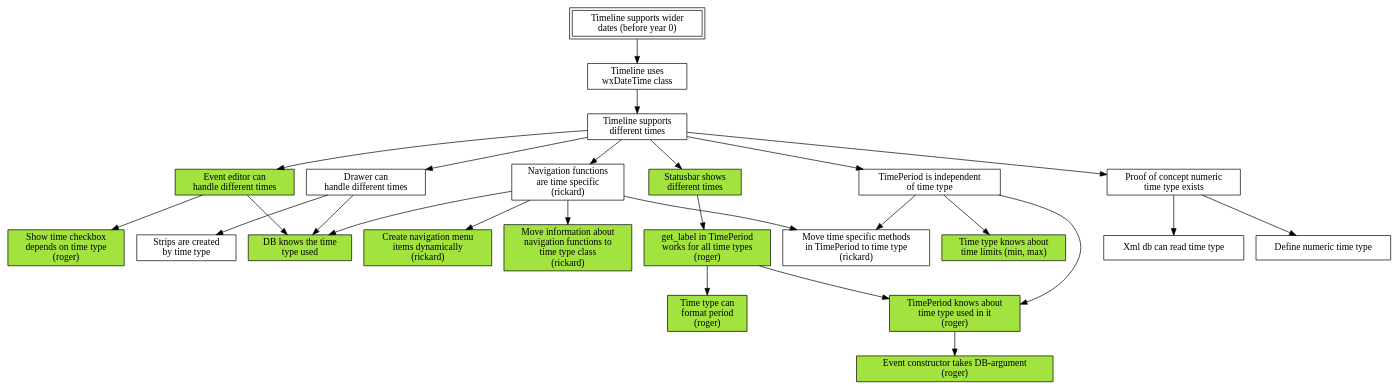
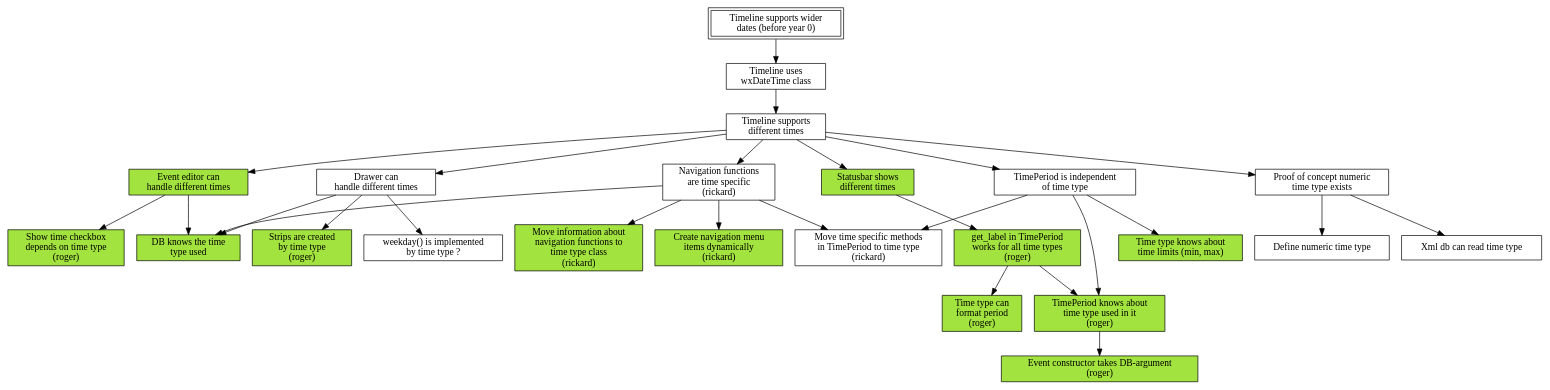
One commit to shutaozhenzhen/thetimelineproj changed the diagram in mikado.dot. Above: the diagram before and after it, drawn with Graphviz.

```diff
--- a/mikado.dot
+++ b/mikado.dot
@@ -1,87 +1,91 @@
 digraph mikado
 {
     node [shape=box];
 
     wider_dates [label="Timeline supports wider\ndates (before year 0)"];
     wider_dates [peripheries=2];
         wider_dates -> switch_to_wx_time;
 
     switch_to_wx_time [label="Timeline uses\nwxDateTime class"];
         switch_to_wx_time -> different_time;
 
     different_time [label="Timeline supports\ndifferent times "];
         different_time -> event_editor;
         different_time -> drawer;
         different_time -> navigation;
         different_time -> status_bar;
         different_time -> time_period_independent;
         different_time -> numeric_time_type;
 
     numeric_time_type [label="Proof of concept numeric\ntime type exists"];
         numeric_time_type -> define_numeric_time_type;
         numeric_time_type -> db_reads_time_type;
 
     time_period_independent [label="TimePeriod is independent\nof time type"];
         time_period_independent -> time_period_knows_type;
         time_period_independent -> time_period;
         time_period_independent -> time_limits_in_time_type;
 
     event_editor [label="Event editor can\nhandle different times"];
     event_editor [style=filled,fillcolor="#A2E33F"];
         event_editor -> show_time;
         event_editor -> db_has_type_info;
 
     drawer [label="Drawer can\nhandle different times"];
         drawer -> db_has_type_info;
         drawer -> strips_in_time_type;
-
+	drawer -> weekday_in_time_type;
+	
     navigation [label="Navigation functions\nare time specific\n(rickard)"];
         navigation -> db_has_type_info;
         navigation -> move_nav_to_time_type;
         navigation -> create_menu_items_dynamically;
         navigation -> time_period;
 
     status_bar [label="Statusbar shows\ndifferent times"];
     status_bar [style=filled,fillcolor="#A2E33F"];
         status_bar -> get_label;
         get_label -> time_period_knows_type;
 
     get_label [label="get_label in TimePeriod\nworks for all time types\n(roger)"];
     get_label [style=filled,fillcolor="#A2E33F"];
         get_label -> type_format;
 
     time_period_knows_type [label="TimePeriod knows about\ntime type used in it\n(roger)"];
     time_period_knows_type [style=filled,fillcolor="#A2E33F"];
 	time_period_knows_type -> event_constructor;
 
     // Leaves
 
     define_numeric_time_type [label="Define numeric time type"];
 
     db_reads_time_type [label="Xml db can read time type"];
 
     show_time [label="Show time checkbox\ndepends on time type\n(roger)"];
     show_time [style=filled,fillcolor="#A2E33F"];
 
     db_has_type_info [label="DB knows the time\ntype used"];
     db_has_type_info [style=filled,fillcolor="#A2E33F"];
 
     move_nav_to_time_type [label="Move information about\nnavigation functions to\ntime type class\n(rickard)"];
     move_nav_to_time_type [style=filled,fillcolor="#A2E33F"];
 
     create_menu_items_dynamically [label="Create navigation menu\nitems dynamically\n(rickard)"];
     create_menu_items_dynamically [style=filled,fillcolor="#A2E33F"];
 
     time_period [label="Move time specific methods\nin TimePeriod to time type\n(rickard)"];
 
     type_format [label="Time type can\nformat period\n(roger)"];
     type_format [style=filled,fillcolor="#A2E33F"];
     
     event_constructor [label="Event constructor takes DB-argument\n(roger)"];
     event_constructor [style=filled,fillcolor="#A2E33F"];
 
-    strips_in_time_type [label="Strips are created\nby time type"];
+    strips_in_time_type [label="Strips are created\nby time type\n(roger)"];
+    strips_in_time_type [style=filled,fillcolor="#A2E33F"];
 
     time_limits_in_time_type [label="Time type knows about\ntime limits (min, max)"];
     time_limits_in_time_type [style=filled,fillcolor="#A2E33F"];
+    
+    weekday_in_time_type [label="weekday() is implemented\nby time type ?"]
 }
```
